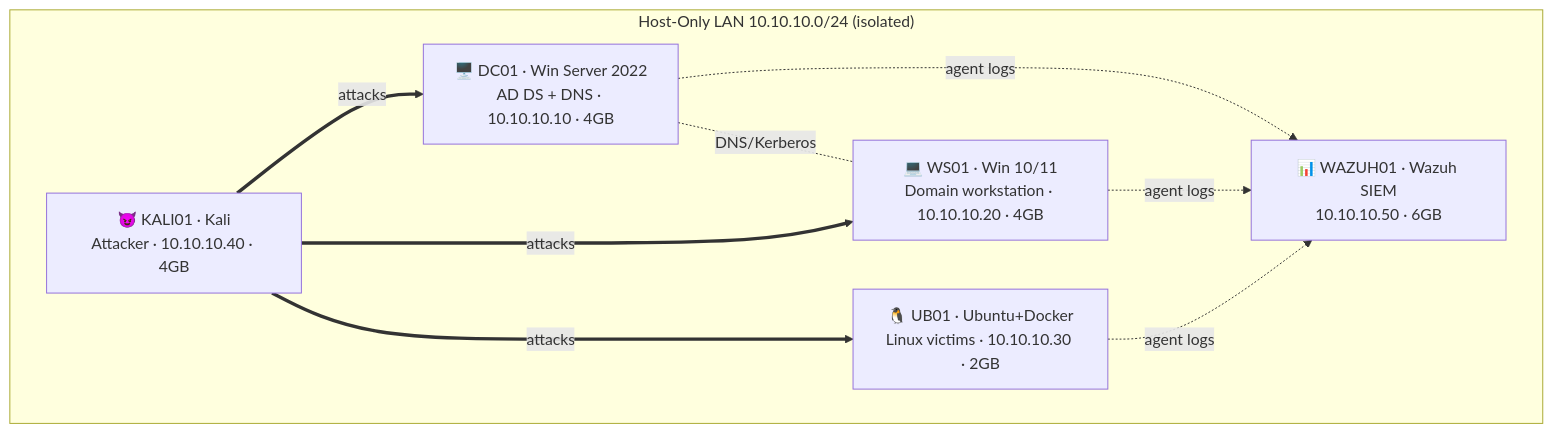
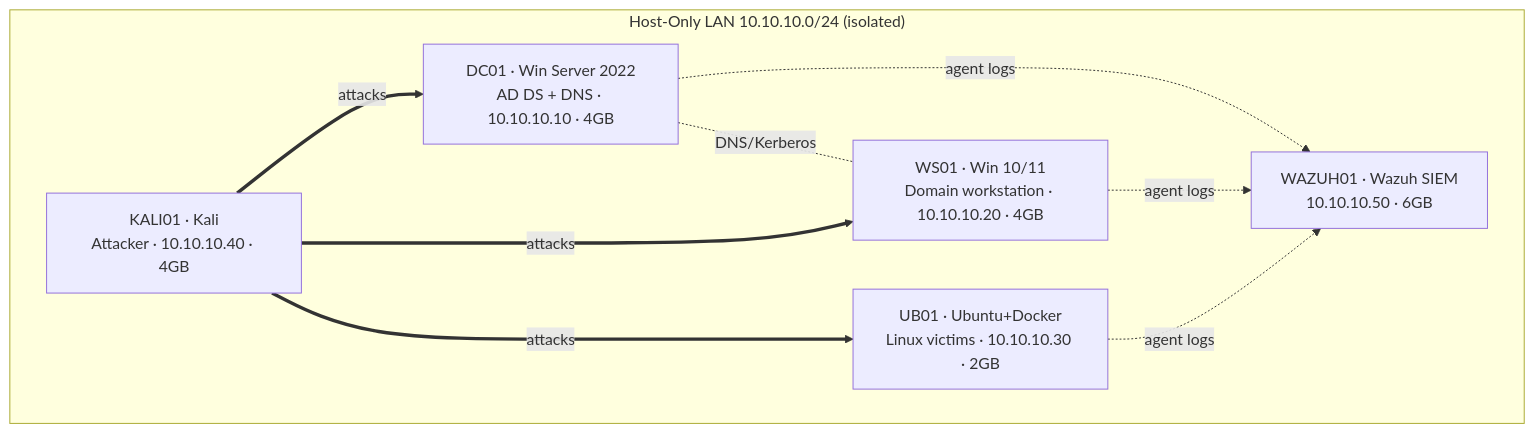
Before and after one commit to manlikefelo/security-homelab: the diagram in README.md, drawn with Mermaid. The commit also changed other lines of this file and 14 other files, not shown here.

````diff
--- a/README.md
+++ b/README.md
@@ -21,13 +21,13 @@
 ```mermaid
 flowchart TB
     subgraph LAB["Host-Only LAN  10.10.10.0/24 (isolated)"]
-        DC["🖥️ DC01 · Win Server 2022<br/>AD DS + DNS · 10.10.10.10 · 4GB"]
-        WS["💻 WS01 · Win 10/11<br/>Domain workstation · 10.10.10.20 · 4GB"]
-        UB["🐧 UB01 · Ubuntu+Docker<br/>Linux victims · 10.10.10.30 · 2GB"]
-        KALI["😈 KALI01 · Kali<br/>Attacker · 10.10.10.40 · 4GB"]
-        WAZUH["📊 WAZUH01 · Wazuh SIEM<br/>10.10.10.50 · 6GB"]
+        DC["DC01 · Win Server 2022<br/>AD DS + DNS · 10.10.10.10 · 4GB"]
+        WS["WS01 · Win 10/11<br/>Domain workstation · 10.10.10.20 · 4GB"]
+        UB["UB01 · Ubuntu+Docker<br/>Linux victims · 10.10.10.30 · 2GB"]
+        KALI["KALI01 · Kali<br/>Attacker · 10.10.10.40 · 4GB"]
+        WAZUH["WAZUH01 · Wazuh SIEM<br/>10.10.10.50 · 6GB"]
     end
     KALI ==attacks==> DC & WS & UB
     DC & WS & UB -.agent logs.-> WAZUH
     DC -.DNS/Kerberos.- WS
 ```
````
